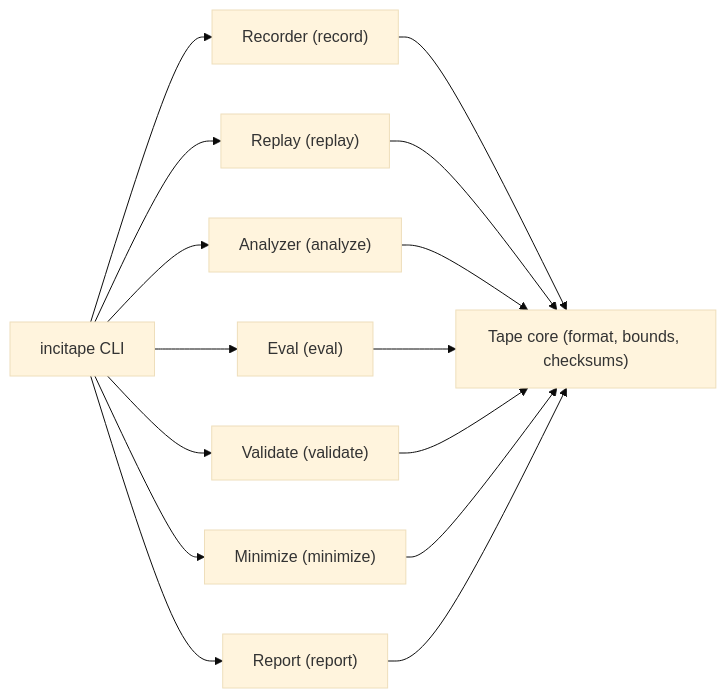
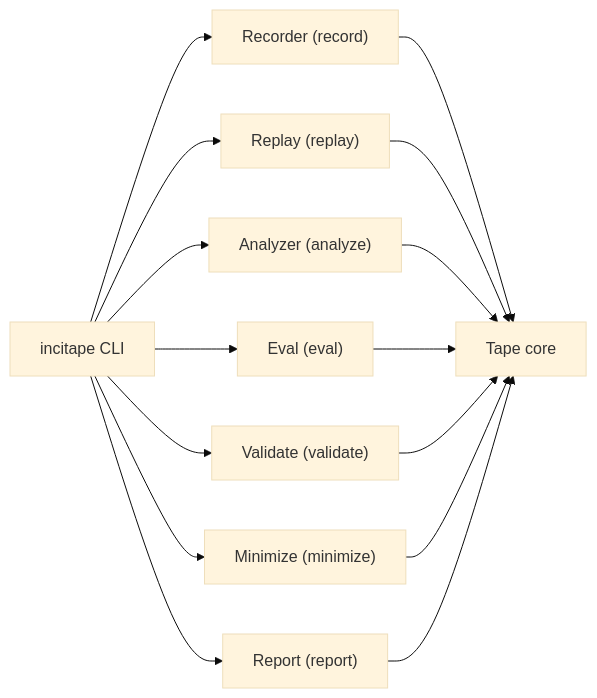
The diagram in README.md (aliuyar1234/incitape), drawn with Mermaid (base theme) before and after one commit. The commit also changed other lines of this file, not shown here.

````diff
--- a/README.md
+++ b/README.md
@@ -29,28 +200,28 @@
 ```mermaid
 flowchart LR
   CLI["incitape CLI"]
   REC["Recorder (record)"]
-  TAPE["Tape core (format, bounds, checksums)"]
+  TAPE["Tape core"]
   REP["Replay (replay)"]
   ANA["Analyzer (analyze)"]
   EVAL["Eval (eval)"]
   VAL["Validate (validate)"]
   MIN["Minimize (minimize)"]
   RPT["Report (report)"]
 
   CLI --> REC
   CLI --> REP
   CLI --> ANA
   CLI --> EVAL
   CLI --> VAL
   CLI --> MIN
   CLI --> RPT
 
   REC --> TAPE
   REP --> TAPE
   ANA --> TAPE
   EVAL --> TAPE
   VAL --> TAPE
   MIN --> TAPE
   RPT --> TAPE
 ```
````
